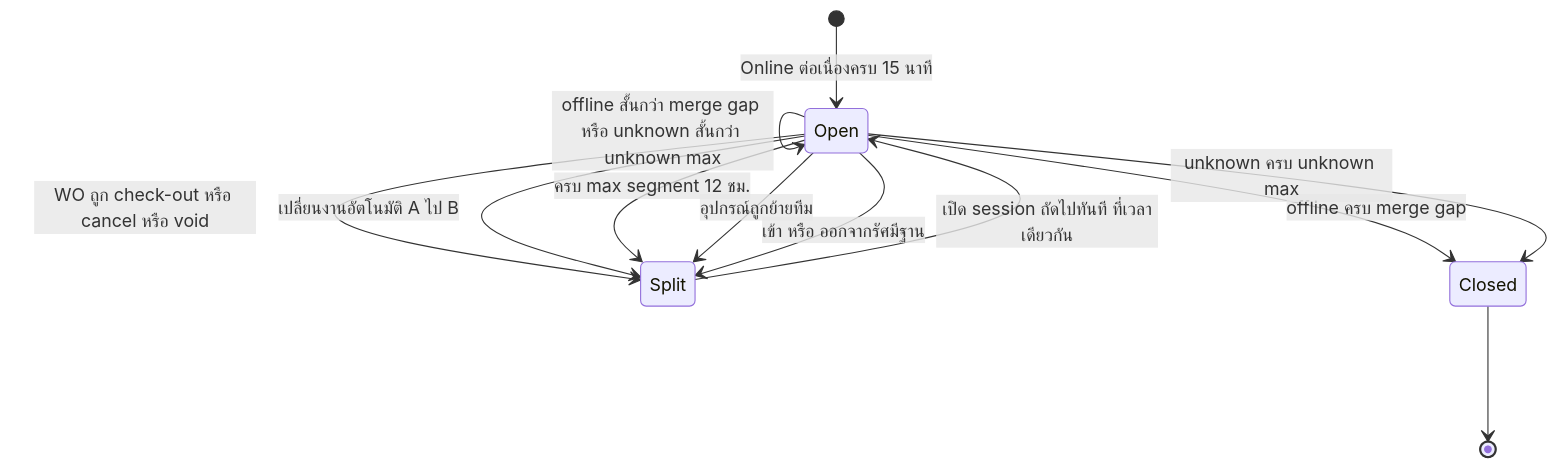
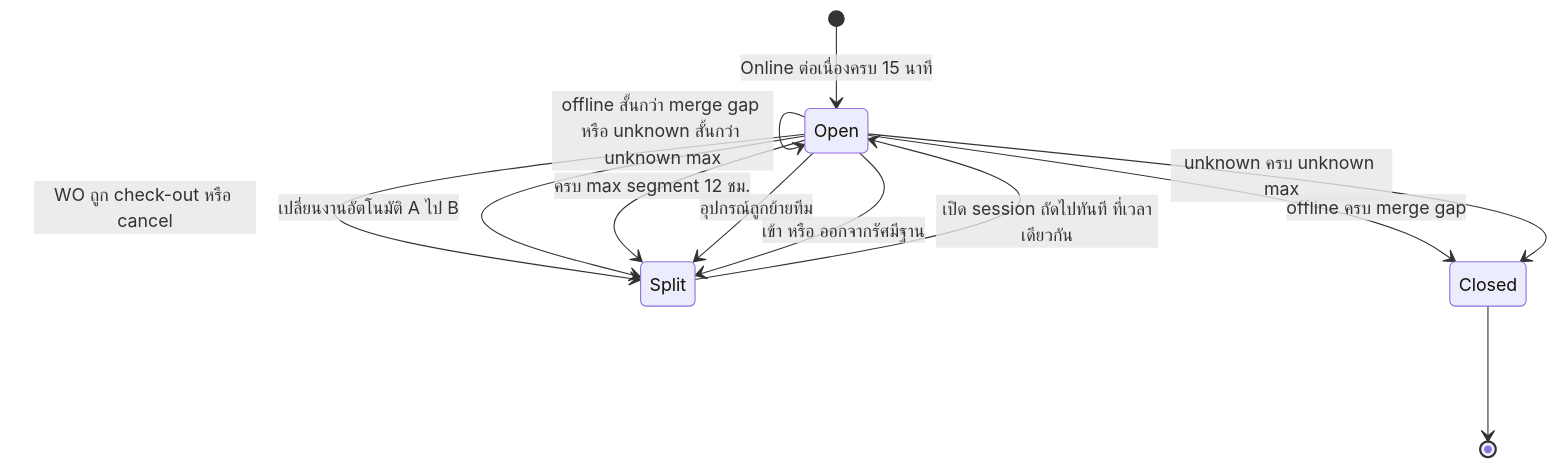
One commit to b-werayut/psd-bodycam-v1.0 changed the fifth of 10 diagrams in docs/blueprint/03-business-workflows.md. Above: the diagram before and after it, drawn with Mermaid. The commit also changed other lines of this file and 304 other files, not shown here.

````diff
--- a/docs/blueprint/03-business-workflows.md
+++ b/docs/blueprint/03-business-workflows.md
@@ -252,14 +222,14 @@
 ```mermaid
 stateDiagram-v2
   [*] --> Open : Online ต่อเนื่องครบ 15 นาที
   Open --> Open : offline สั้นกว่า merge gap หรือ unknown สั้นกว่า unknown max
   Open --> Closed : offline ครบ merge gap
   Open --> Closed : unknown ครบ unknown max
-  Open --> Split : WO ถูก check-out หรือ cancel หรือ void
+  Open --> Split : WO ถูก check-out หรือ cancel
   Open --> Split : เปลี่ยนงานอัตโนมัติ A ไป B
   Open --> Split : ครบ max segment 12 ชม.
   Open --> Split : อุปกรณ์ถูกย้ายทีม
   Open --> Split : เข้า หรือ ออกจากรัศมีฐาน
   Split --> Open : เปิด session ถัดไปทันที ที่เวลาเดียวกัน
   Closed --> [*]
 ```
````
